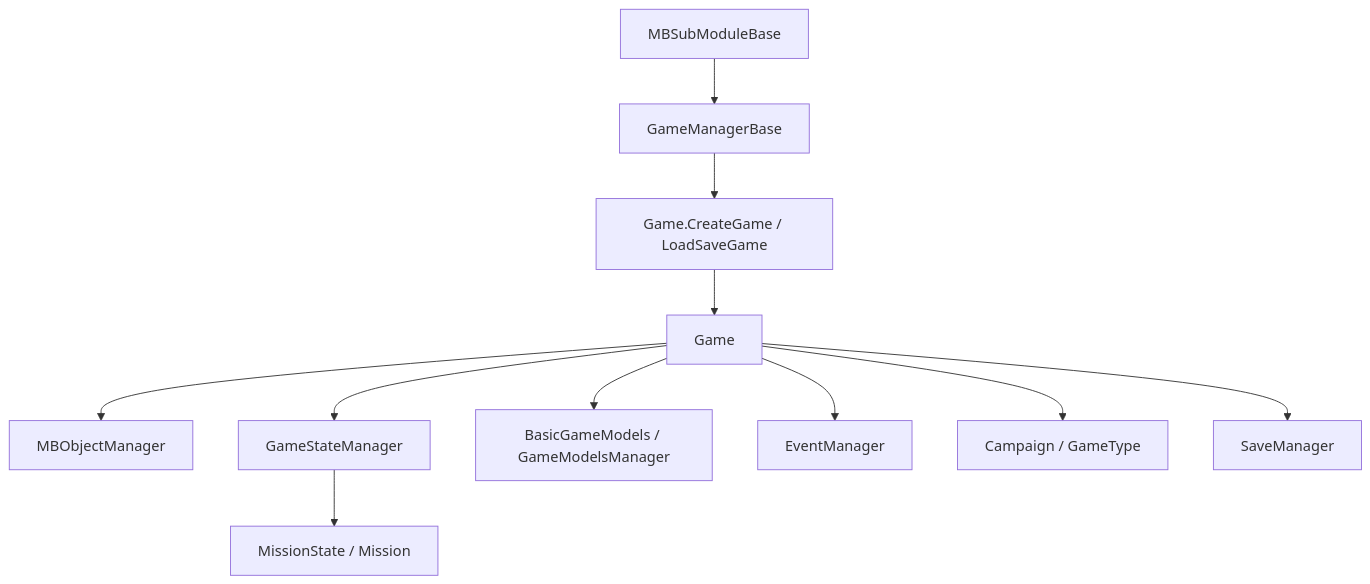
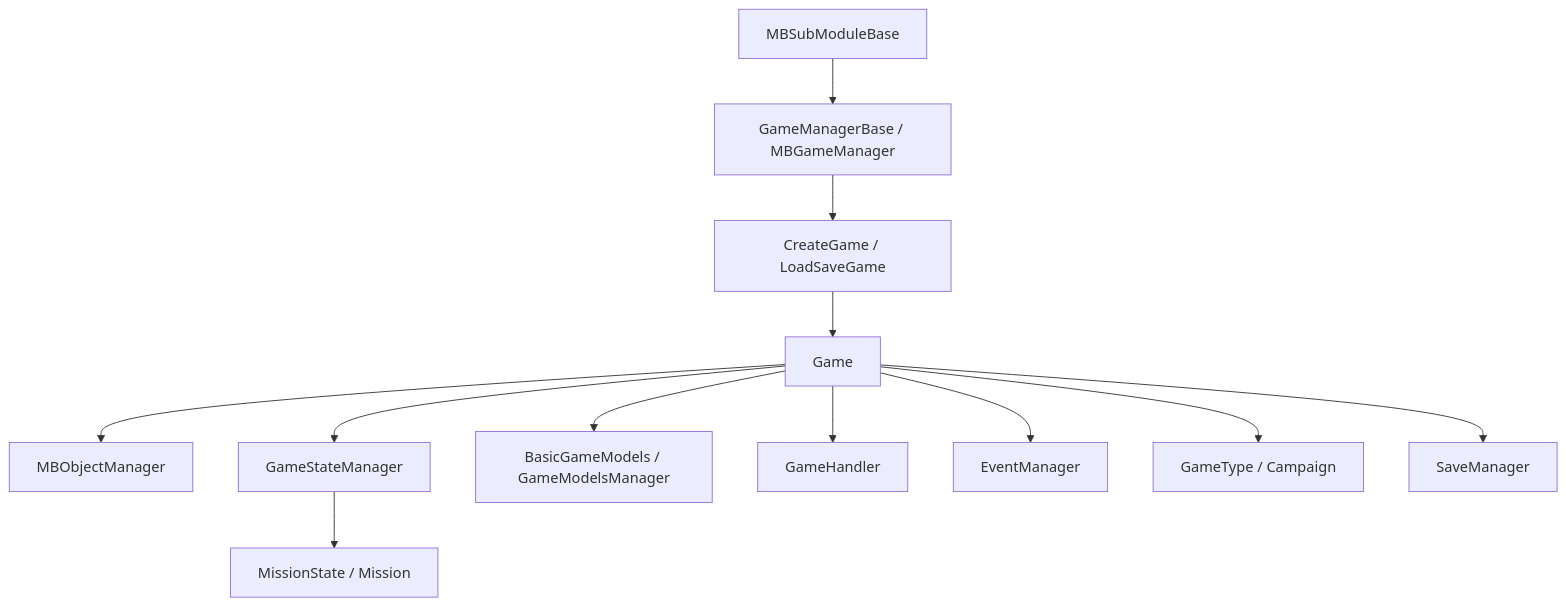
One commit to BannerlordCode/BannerlordCode.github.io changed the diagram in content/v1.3.15/en/api/core-extra/Game.md. Above: the diagram before and after it, drawn with Mermaid. The commit also changed other lines of this file and 71 other files, not shown here.

````diff
--- a/content/v1.3.15/en/api/core-extra/Game.md
+++ b/content/v1.3.15/en/api/core-extra/Game.md
@@ -37,13 +39,14 @@
 ```mermaid
 graph TD
-    SUB[MBSubModuleBase] --> GM[GameManagerBase]
-    GM --> CREATE[Game.CreateGame / LoadSaveGame]
-    CREATE --> GAME[Game]
+    SUB[MBSubModuleBase] --> MGR[GameManagerBase / MBGameManager]
+    MGR --> FACTORY[CreateGame / LoadSaveGame]
+    FACTORY --> GAME[Game]
     GAME --> OBJ[MBObjectManager]
     GAME --> STATE[GameStateManager]
-    GAME --> MODELS[BasicGameModels / GameModelsManager]
+    GAME --> MODEL[BasicGameModels / GameModelsManager]
+    GAME --> HANDLER[GameHandler]
     GAME --> EVENT[EventManager]
-    GAME --> CAM[Campaign / GameType]
-    STATE --> MIS[MissionState / Mission]
+    GAME --> MODE[GameType / Campaign]
+    STATE --> MISSION[MissionState / Mission]
     GAME --> SAVE[SaveManager]
 ```
````
